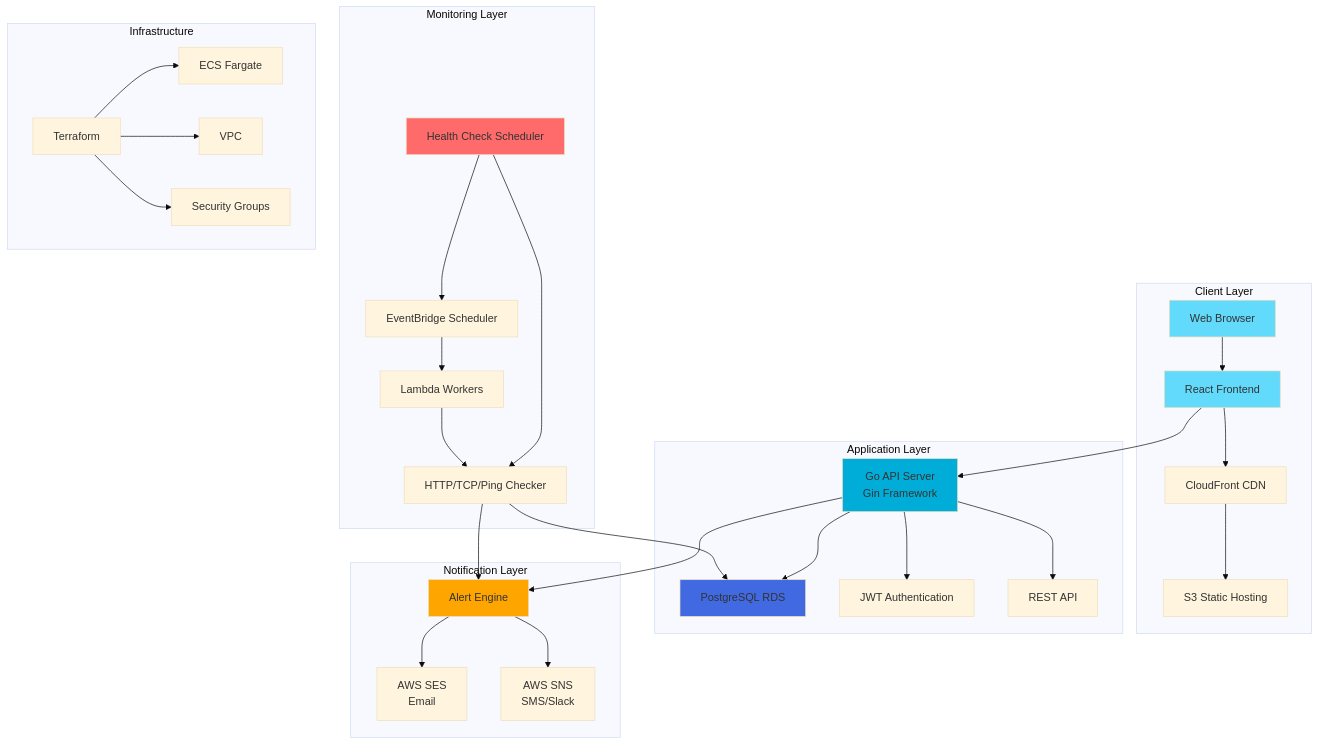
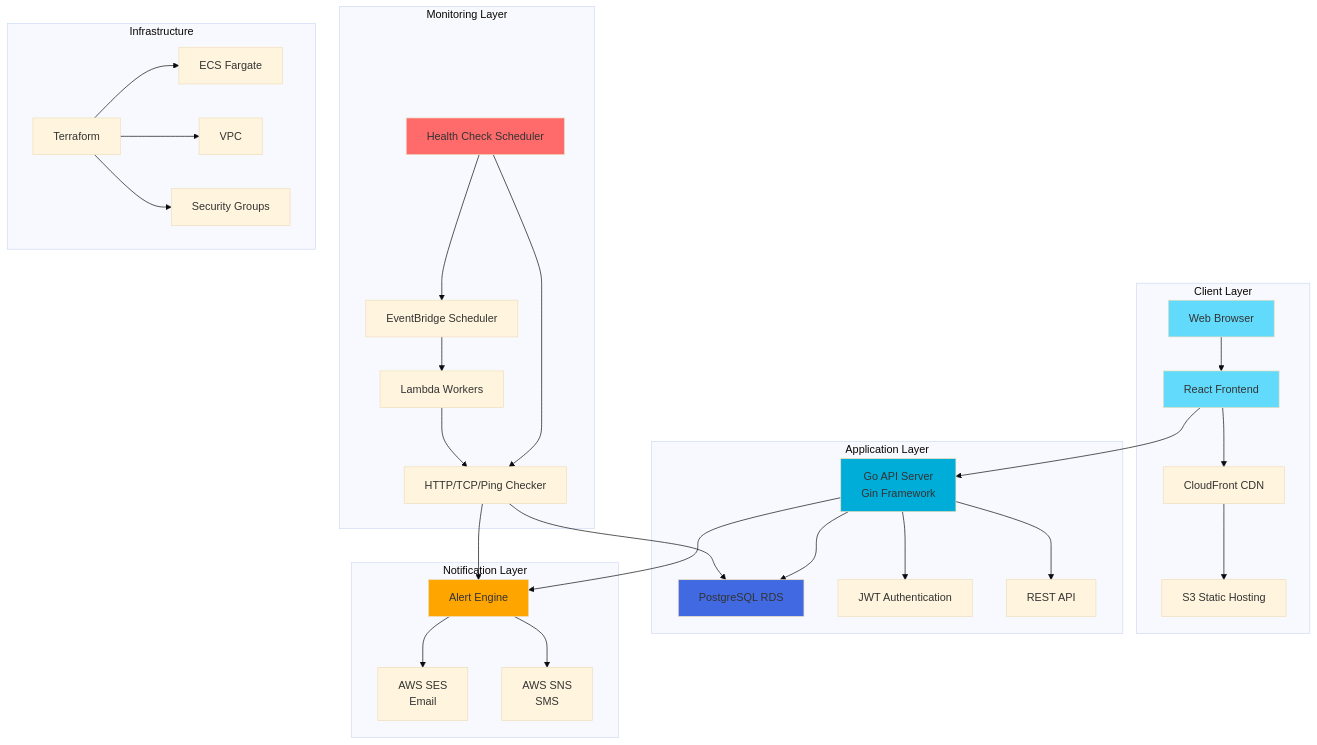
The diagram in README.md (thedevlake/pulsegrid-v1), drawn with Mermaid (base theme) before and after one commit. The commit also changed other lines of this file and 84 other files, not shown here.

````diff
--- a/README.md
+++ b/README.md
@@ -59,44 +90,44 @@
 ```mermaid
 graph TB
     subgraph "Client Layer"
         A[Web Browser] --> B[React Frontend]
         B --> C[CloudFront CDN]
         C --> D[S3 Static Hosting]
     end
 
     subgraph "Application Layer"
         E[Go API Server<br/>Gin Framework] --> F[PostgreSQL RDS]
         E --> G[JWT Authentication]
         E --> H[REST API]
     end
 
     subgraph "Monitoring Layer"
         I[Health Check Scheduler] --> J[HTTP/TCP/Ping Checker]
         I --> K[EventBridge Scheduler]
         K --> L[Lambda Workers]
         L --> J
     end
 
     subgraph "Notification Layer"
         M[Alert Engine] --> N[AWS SES<br/>Email]
-        M --> O[AWS SNS<br/>SMS/Slack]
+        M --> O[AWS SNS<br/>SMS]
     end
 
     subgraph "Infrastructure"
         P[Terraform] --> Q[ECS Fargate]
         P --> R[VPC]
         P --> S[Security Groups]
     end
 
     B --> E
     J --> F
     J --> M
     E --> M
 
     style A fill:#61DAFB
     style B fill:#61DAFB
     style E fill:#00ADD8
     style F fill:#4169E1
     style I fill:#FF6B6B
     style M fill:#FFA500
 ```
````
